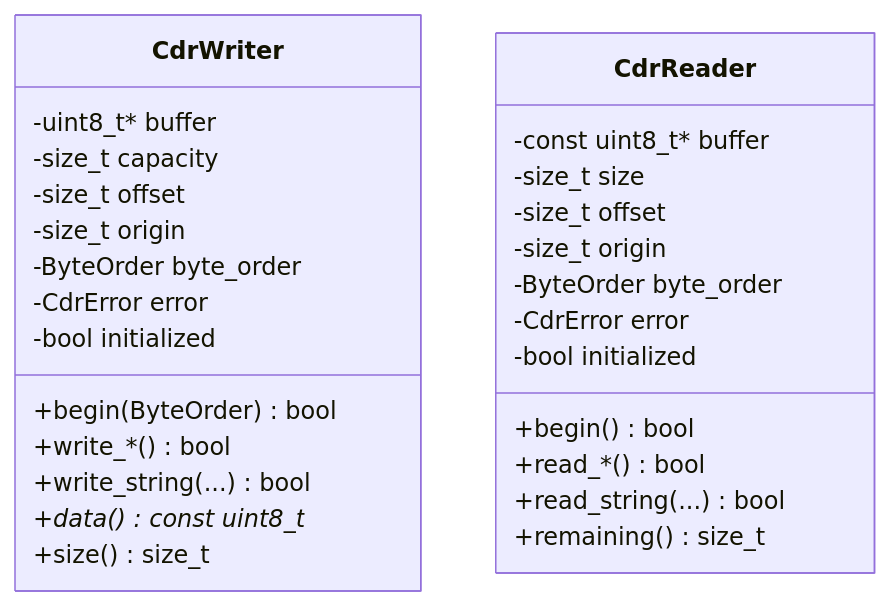
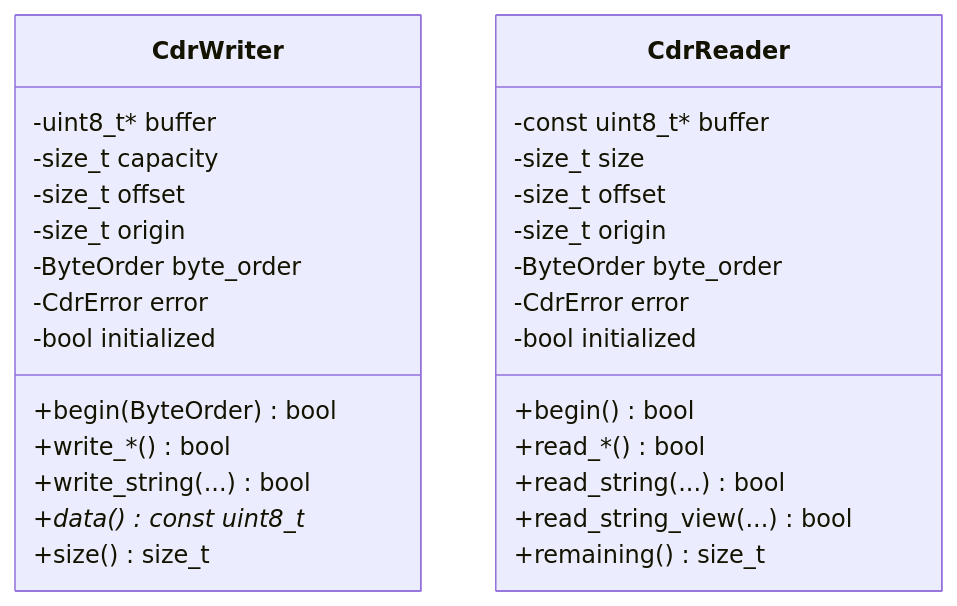
The first of 2 diagrams in docs/design/serialization/detailed-design.md (indrakanti/openRTDDS), drawn with Mermaid before and after one commit. The commit also changed other lines of this file and 21 other files, not shown here.

````diff
--- a/docs/design/serialization/detailed-design.md
+++ b/docs/design/serialization/detailed-design.md
@@ -17,30 +17,31 @@
 ```mermaid
 classDiagram
     class CdrWriter {
       -uint8_t* buffer
       -size_t capacity
       -size_t offset
       -size_t origin
       -ByteOrder byte_order
       -CdrError error
       -bool initialized
       +begin(ByteOrder) bool
       +write_*() bool
       +write_string(...) bool
       +data() const uint8_t*
       +size() size_t
     }
     class CdrReader {
       -const uint8_t* buffer
       -size_t size
       -size_t offset
       -size_t origin
       -ByteOrder byte_order
       -CdrError error
       -bool initialized
       +begin() bool
       +read_*() bool
       +read_string(...) bool
+      +read_string_view(...) bool
       +remaining() size_t
     }
 ```
````
